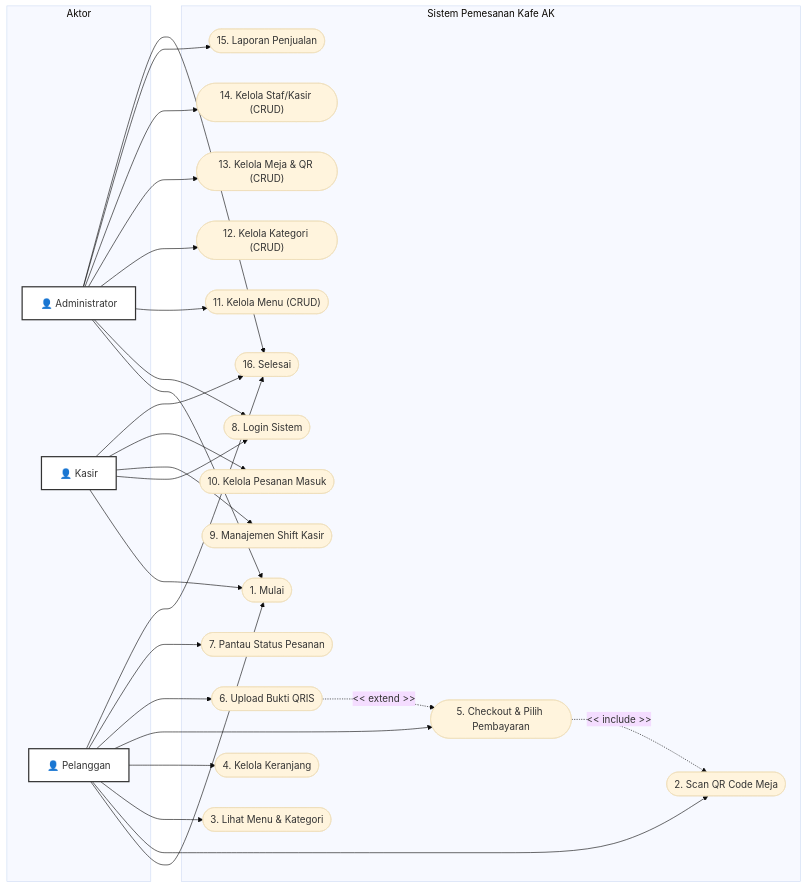
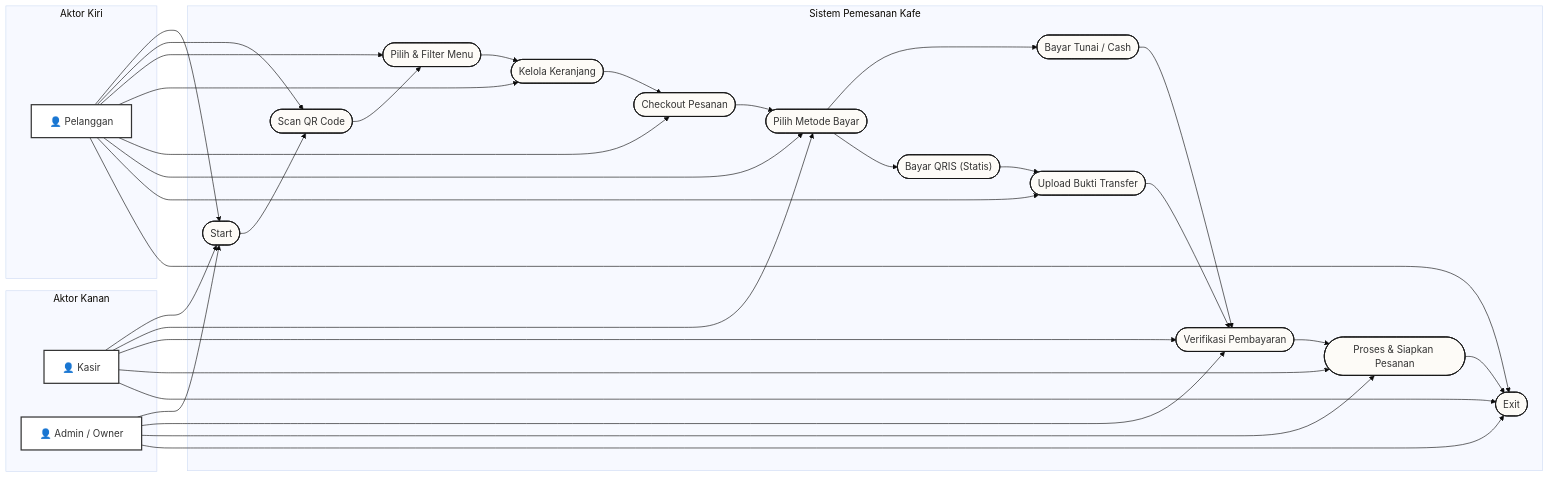
Before and after one commit to hafiizh09/-pemesanan_ak: the diagram in docs/use_case_diagram.md, drawn with Mermaid (base theme). The commit also changed other lines of this file, not shown here.

Commit message:
docs: update Use Case Diagram to match sequential flow layout

````diff
--- a/docs/use_case_diagram.md
+++ b/docs/use_case_diagram.md
@@ -12,70 +12,81 @@
 ```mermaid
 flowchart LR
     %% Pengaturan Gaya Node Aktor
-    classDef actorStyle fill:#fff,stroke:#333,stroke-width:2px;
+    classDef actorStyle fill:#ffffff,stroke:#333,stroke-width:2px;
+    classDef useCaseStyle fill:#fdfbf7,stroke:#171717,stroke-width:1.5px;
     
-    %% Aktor Utama
-    subgraph Actors [Aktor]
-        Admin["👤 Administrator"]
-        Kasir["👤 Kasir"]
+    %% Aktor Sisi Kiri
+    subgraph LeftActors [Aktor Kiri]
         Pelanggan["👤 Pelanggan"]
     end
     
-    %% Batasan Sistem (System Boundary)
-    subgraph System [Sistem Pemesanan Kafe AK]
-        %% Use Cases
-        UC_Mulai(["1. Mulai"])
-        UC_ScanQR(["2. Scan QR Code Meja"])
-        UC_LihatMenu(["3. Lihat Menu & Kategori"])
-        UC_Keranjang(["4. Kelola Keranjang"])
-        UC_Checkout(["5. Checkout & Pilih Pembayaran"])
-        UC_UploadQRIS(["6. Upload Bukti QRIS"])
-        UC_PantauStatus(["7. Pantau Status Pesanan"])
+    %% Batasan Sistem (System Boundary) & Urutan Use Case (Tengah)
+    subgraph SystemBoundary [Sistem Pemesanan Kafe]
+        %% Pusat Use Case (Urutan Alur Vertikal)
+        UC_Start(["Start"])
+        UC_ScanQR(["Scan QR Code"])
+        UC_PilihMenu(["Pilih & Filter Menu"])
+        UC_Keranjang(["Kelola Keranjang"])
+        UC_Checkout(["Checkout Pesanan"])
+        UC_MetodeBayar(["Pilih Metode Bayar"])
         
-        UC_Login(["8. Login Sistem"])
-        UC_Shift(["9. Manajemen Shift Kasir"])
-        UC_KelolaPesanan(["10. Kelola Pesanan Masuk"])
+        %% Sub-Use Case dari Metode Bayar
+        UC_BayarCash(["Bayar Tunai / Cash"])
+        UC_BayarQRIS(["Bayar QRIS (Statis)"])
+        UC_UploadQRIS(["Upload Bukti Transfer"])
         
-        UC_CRUD_Menu(["11. Kelola Menu (CRUD)"])
-        UC_CRUD_Kategori(["12. Kelola Kategori (CRUD)"])
-        UC_CRUD_Meja(["13. Kelola Meja & QR (CRUD)"])
-        UC_CRUD_Kasir(["14. Kelola Staf/Kasir (CRUD)"])
-        UC_Laporan(["15. Laporan Penjualan"])
+        UC_Verifikasi(["Verifikasi Pembayaran"])
+        UC_ProsesPesanan(["Proses & Siapkan Pesanan"])
+        UC_Exit(["Exit"])
+
+        %% Panah Alur Proses dari Atas ke Bawah
+        UC_Start --> UC_ScanQR
+        UC_ScanQR --> UC_PilihMenu
+        UC_PilihMenu --> UC_Keranjang
+        UC_Keranjang --> UC_Checkout
+        UC_Checkout --> UC_MetodeBayar
         
-        UC_Selesai(["16. Selesai"])
+        UC_MetodeBayar --> UC_BayarCash
+        UC_MetodeBayar --> UC_BayarQRIS
+        UC_BayarQRIS --> UC_UploadQRIS
+        
+        UC_BayarCash --> UC_Verifikasi
+        UC_UploadQRIS --> UC_Verifikasi
+        
+        UC_Verifikasi --> UC_ProsesPesanan
+        UC_ProsesPesanan --> UC_Exit
+    end
+    
+    %% Aktor Sisi Kanan
+    subgraph RightActors [Aktor Kanan]
+        Kasir["👤 Kasir"]
+        Admin["👤 Admin / Owner"]
     end
 
-    %% Hubungan Pelanggan (Customer)
-    Pelanggan --> UC_Mulai
+    %% Hubungan Pelanggan (Sisi Kiri)
+    Pelanggan --> UC_Start
     Pelanggan --> UC_ScanQR
-    Pelanggan --> UC_LihatMenu
+    Pelanggan --> UC_PilihMenu
     Pelanggan --> UC_Keranjang
     Pelanggan --> UC_Checkout
+    Pelanggan --> UC_MetodeBayar
     Pelanggan --> UC_UploadQRIS
-    Pelanggan --> UC_PantauStatus
-    Pelanggan --> UC_Selesai
+    Pelanggan --> UC_Exit
 
-    %% Hubungan Kasir (Cashier)
-    Kasir --> UC_Mulai
-    Kasir --> UC_Login
-    Kasir --> UC_Shift
-    Kasir --> UC_KelolaPesanan
-    Kasir --> UC_Selesai
+    %% Hubungan Kasir (Sisi Kanan)
+    Kasir --> UC_Start
+    Kasir --> UC_MetodeBayar
+    Kasir --> UC_Verifikasi
+    Kasir --> UC_ProsesPesanan
+    Kasir --> UC_Exit
 
-    %% Hubungan Admin (Administrator)
-    Admin --> UC_Mulai
-    Admin --> UC_Login
-    Admin --> UC_CRUD_Menu
-    Admin --> UC_CRUD_Kategori
-    Admin --> UC_CRUD_Meja
-    Admin --> UC_CRUD_Kasir
-    Admin --> UC_Laporan
-    Admin --> UC_Selesai
+    %% Hubungan Admin / Owner (Sisi Kanan)
+    Admin --> UC_Start
+    Admin --> UC_Verifikasi
+    Admin --> UC_ProsesPesanan
+    Admin --> UC_Exit
 
-    %% Hubungan Antar Use Case (Extend/Include)
-    UC_Checkout -.->|<< include >>| UC_ScanQR
-    UC_UploadQRIS -.->|<< extend >>| UC_Checkout
-
-    %% Styling
-    class Admin,Kasir,Pelanggan actorStyle;
+    %% Aplikasi Gaya Visual
+    class Pelanggan,Kasir,Admin actorStyle;
+    class UC_Start,UC_ScanQR,UC_PilihMenu,UC_Keranjang,UC_Checkout,UC_MetodeBayar,UC_BayarCash,UC_BayarQRIS,UC_UploadQRIS,UC_Verifikasi,UC_ProsesPesanan,UC_Exit useCaseStyle;
 ```
````
